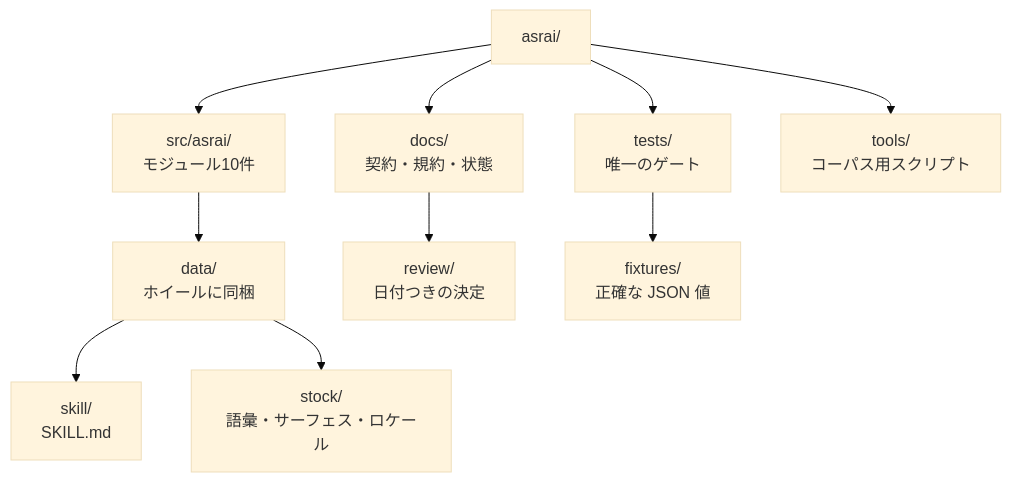
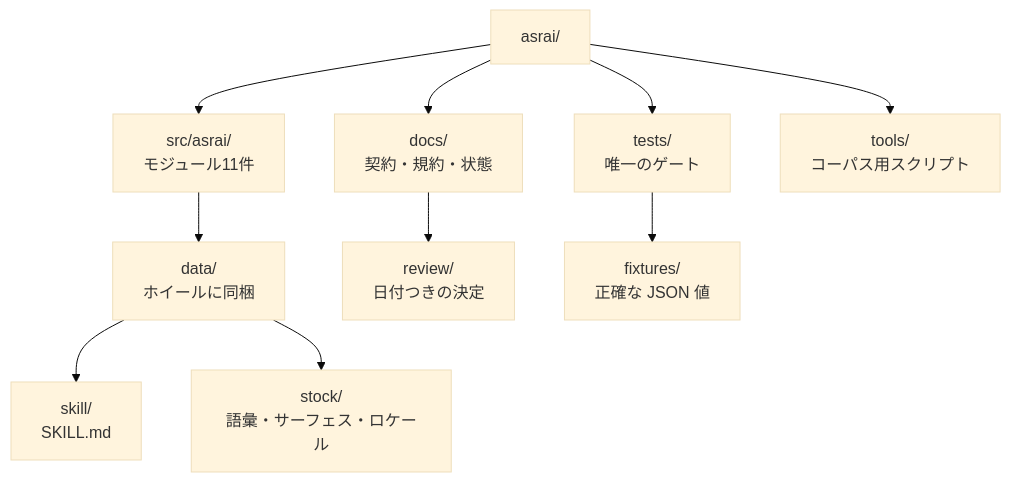
The diagram in docs/i18n/ja/README.md (Stdev17/asrai), drawn with Mermaid (base theme) before and after one commit. The commit also changed other lines of this file and 13 other files, not shown here.

````diff
--- a/docs/i18n/ja/README.md
+++ b/docs/i18n/ja/README.md
@@ -76,8 +76,8 @@
 ```mermaid
 flowchart TD
-    ROOT["asrai/"] --> SRC["src/asrai/<br/>モジュール10件"] & DOCS["docs/<br/>契約・規約・状態"] & TESTS["tests/<br/>唯一のゲート"] & TOOLS["tools/<br/>コーパス用スクリプト"]
+    ROOT["asrai/"] --> SRC["src/asrai/<br/>モジュール11件"] & DOCS["docs/<br/>契約・規約・状態"] & TESTS["tests/<br/>唯一のゲート"] & TOOLS["tools/<br/>コーパス用スクリプト"]
     SRC --> DATA["data/<br/>ホイールに同梱"]
     DATA --> SKILL["skill/<br/>SKILL.md"] & STOCK["stock/<br/>語彙・サーフェス・ロケール"]
     DOCS --> REVIEW["review/<br/>日付つきの決定"]
     TESTS --> FIX["fixtures/<br/>正確な JSON 値"]
 ```
````
